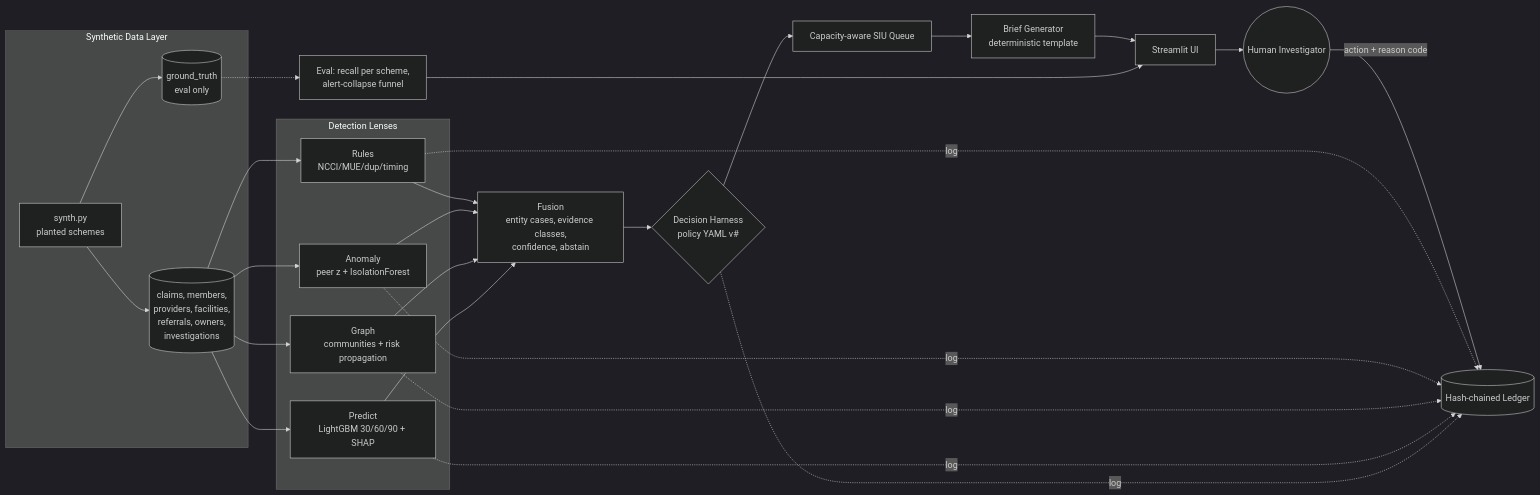
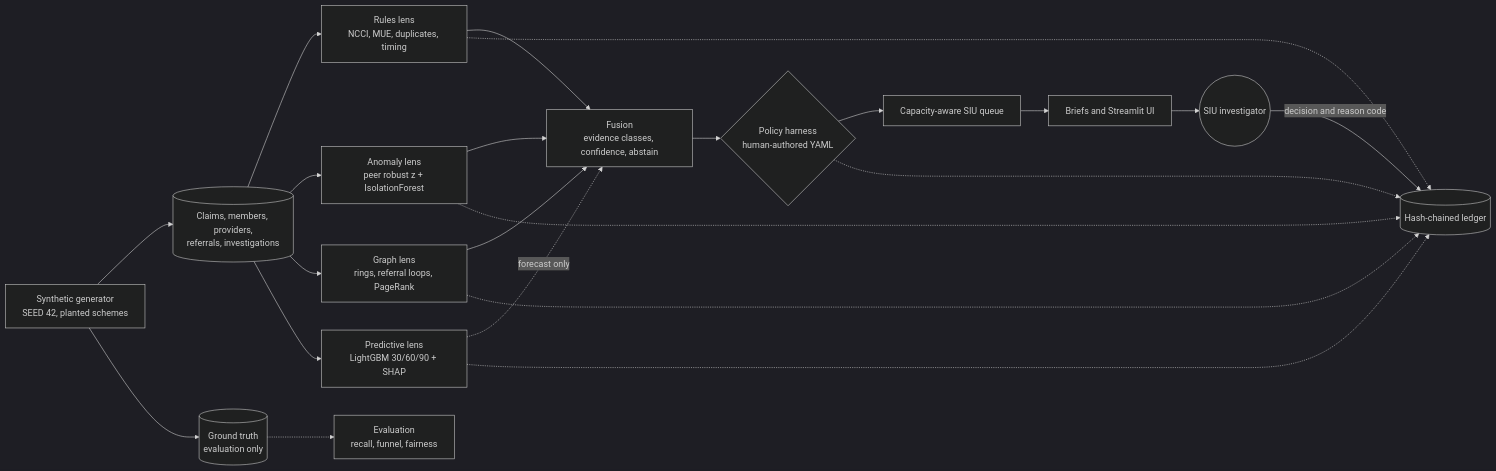
Before and after one commit to Aryan27-max/ClaimShield-Nexus: the first of 4 diagrams in README.md, drawn with Mermaid (dark theme). The commit also changed other lines of this file and 1 other file, not shown here.

````diff
--- a/README.md
+++ b/README.md
@@ -20,23 +68,24 @@
 ```mermaid
 flowchart LR
-  subgraph DATA[Synthetic Data Layer]
-    G[synth.py<br/>planted schemes] --> T[(claims, members,<br/>providers, facilities,<br/>referrals, owners,<br/>investigations)]
-    G --> GT[(ground_truth<br/>eval only)]
-  end
-  subgraph LENSES[Detection Lenses]
-    R[Rules<br/>NCCI/MUE/dup/timing]
-    A[Anomaly<br/>peer z + IsolationForest]
-    N[Graph<br/>communities + risk propagation]
-    P[Predict<br/>LightGBM 30/60/90 + SHAP]
-  end
-  T --> R & A & N & P
-  R & A & N & P --> F[Fusion<br/>entity cases, evidence classes,<br/>confidence, abstain]
-  F --> H{Decision Harness<br/>policy YAML v#}
-  H --> Q[Capacity-aware SIU Queue]
-  Q --> B[Brief Generator<br/>deterministic template]
-  B --> UI[Streamlit UI]
-  UI --> HU((Human Investigator))
-  HU -->|action + reason code| L[(Hash-chained Ledger)]
-  R & A & N & P & H -.log.-> L
-  GT -.-> E[Eval: recall per scheme,<br/>alert-collapse funnel] --> UI
+  G["Synthetic generator<br/>SEED 42, planted schemes"] --> D[("Claims, members, providers,<br/>referrals, investigations")]
+  G --> GT[("Ground truth<br/>evaluation only")]
+  D --> R["Rules lens<br/>NCCI, MUE, duplicates, timing"]
+  D --> A["Anomaly lens<br/>peer robust z + IsolationForest"]
+  D --> N["Graph lens<br/>rings, referral loops, PageRank"]
+  D --> P["Predictive lens<br/>LightGBM 30/60/90 + SHAP"]
+  R --> F["Fusion<br/>evidence classes, confidence, abstain"]
+  A --> F
+  N --> F
+  P -.->|forecast only| F
+  F --> H{"Policy harness<br/>human-authored YAML"}
+  H --> Q["Capacity-aware SIU queue"]
+  Q --> B["Briefs and Streamlit UI"]
+  B --> U(("SIU investigator"))
+  U -->|decision and reason code| L[("Hash-chained ledger")]
+  R -.-> L
+  A -.-> L
+  N -.-> L
+  P -.-> L
+  H -.-> L
+  GT -.-> E["Evaluation<br/>recall, funnel, fairness"]
 ```
````
